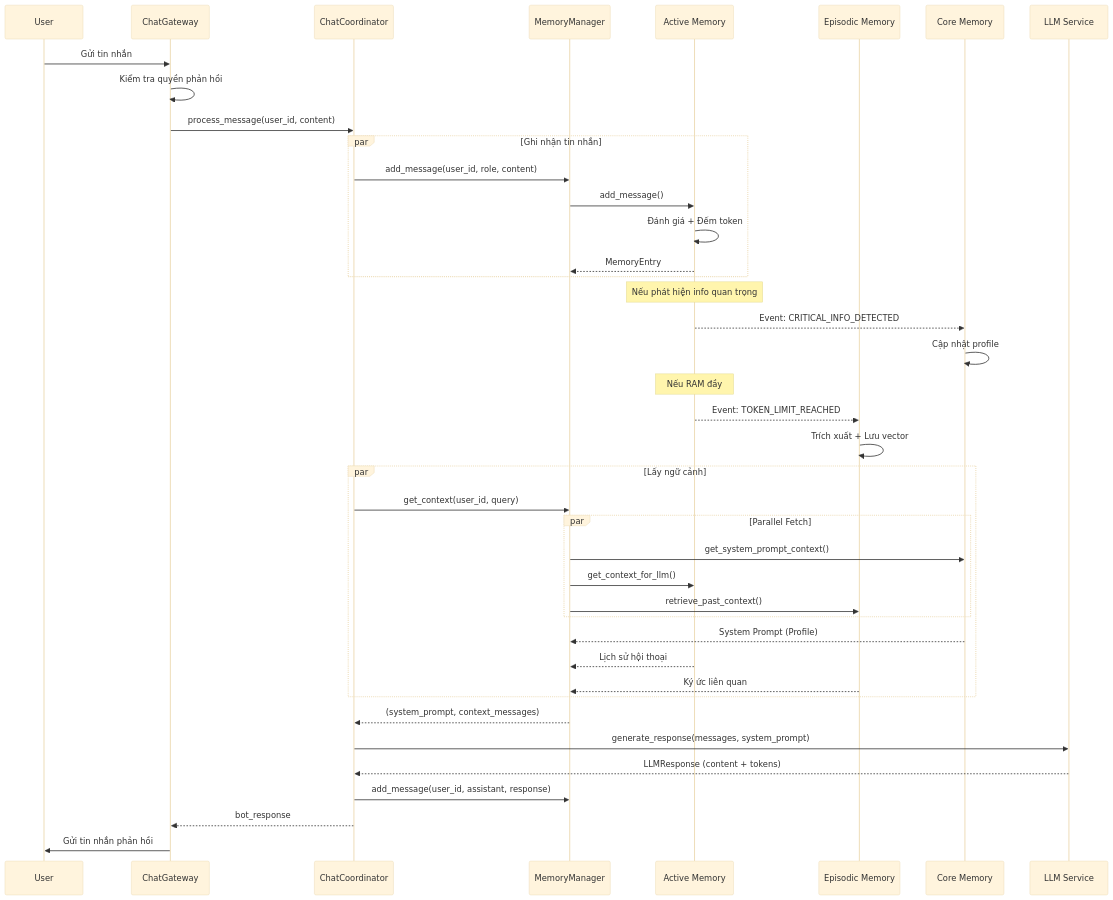
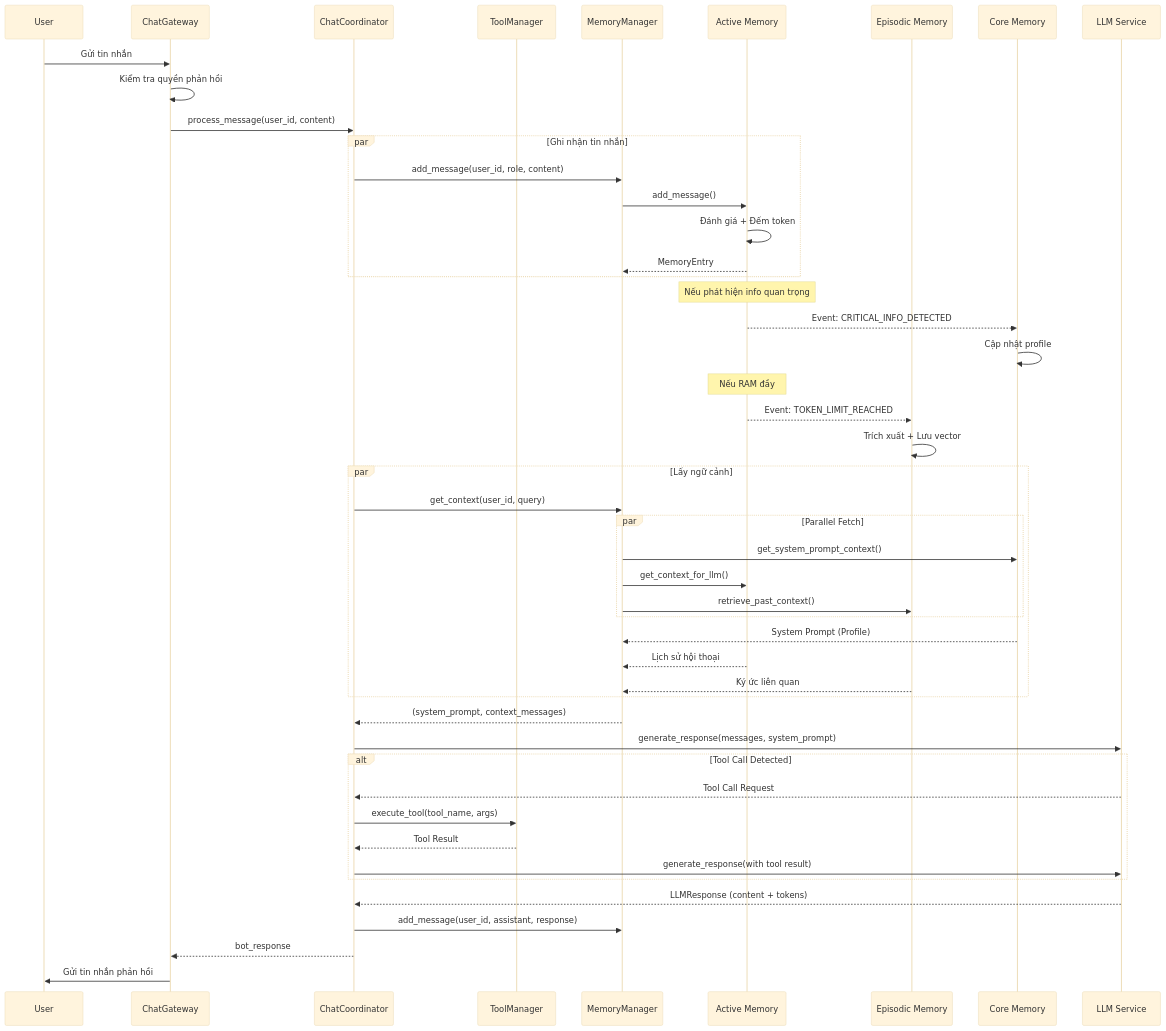
Before and after one commit to Flowerf19/Harness_agent: the third of 4 diagrams in README.MD, drawn with Mermaid (base theme). The commit also changed other lines of this file, not shown here.

Commit message:
feat: Update README with development status, new features, and memory system architecture

````diff
--- a/README.MD
+++ b/README.MD
@@ -99,50 +161,59 @@
 ```mermaid
 sequenceDiagram
     participant U as User
     participant CG as ChatGateway
     participant CC as ChatCoordinator
+    participant TM as ToolManager
     participant MM as MemoryManager
     participant T1 as Active Memory
     participant T2 as Episodic Memory
     participant T3 as Core Memory
     participant LLM as LLM Service
     
     U->>CG: Gửi tin nhắn
     CG->>CG: Kiểm tra quyền phản hồi
     CG->>CC: process_message(user_id, content)
     
     par Ghi nhận tin nhắn
         CC->>MM: add_message(user_id, role, content)
         MM->>T1: add_message()
         T1->>T1: Đánh giá + Đếm token
         T1-->>MM: MemoryEntry
     end
     
     Note over T1: Nếu phát hiện info quan trọng
     T1-->>T3: Event: CRITICAL_INFO_DETECTED
     T3->>T3: Cập nhật profile
     
     Note over T1: Nếu RAM đầy
     T1-->>T2: Event: TOKEN_LIMIT_REACHED
     T2->>T2: Trích xuất + Lưu vector
     
     par Lấy ngữ cảnh
         CC->>MM: get_context(user_id, query)
         par Parallel Fetch
             MM->>T3: get_system_prompt_context()
             MM->>T1: get_context_for_llm()
             MM->>T2: retrieve_past_context()
         end
         T3-->>MM: System Prompt (Profile)
         T1-->>MM: Lịch sử hội thoại
         T2-->>MM: Ký ức liên quan
     end
     
     MM-->>CC: (system_prompt, context_messages)
     CC->>LLM: generate_response(messages, system_prompt)
+    
+    alt Tool Call Detected
+        LLM-->>CC: Tool Call Request
+        CC->>TM: execute_tool(tool_name, args)
+        TM-->>CC: Tool Result
+        CC->>LLM: generate_response(with tool result)
+    end
+    
     LLM-->>CC: LLMResponse (content + tokens)
     
     CC->>MM: add_message(user_id, assistant, response)
     CC-->>CG: bot_response
     CG->>U: Gửi tin nhắn phản hồi
 ```
````
